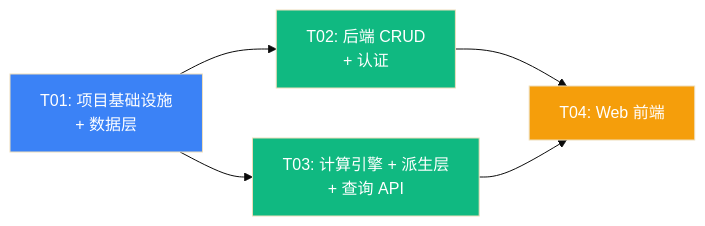
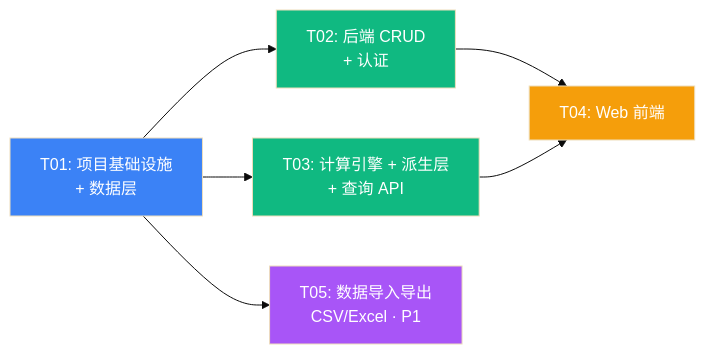
One commit to dolphin738/investment-tracker changed the second of 2 diagrams in docs/ARCHITECTURE.md. Above: the diagram before and after it, drawn with Mermaid (base theme). The commit also changed other lines of this file, not shown here.

Commit message:
docs: ARCHITECTURE v2.4 §10.1.2 组件分层/§5.2 shared 路径/§14 补 T05/§4.2.18-19 分红费用契约

````diff
--- a/docs/ARCHITECTURE.md
+++ b/docs/ARCHITECTURE.md
@@ -1873,12 +1905,14 @@
 ```mermaid
 graph LR
     T01[T01: 项目基础设施<br/>+ 数据层] --> T02[T02: 后端 CRUD<br/>+ 认证]
     T01 --> T03[T03: 计算引擎 + 派生层<br/>+ 查询 API]
     T02 --> T04[T04: Web 前端]
     T03 --> T04
+    T01 --> T05[T05: 数据导入导出<br/>CSV/Excel · P1]
 
     style T01 fill:#3b82f6,color:#fff
     style T02 fill:#10b981,color:#fff
     style T03 fill:#10b981,color:#fff
     style T04 fill:#f59e0b,color:#fff
+    style T05 fill:#a855f7,color:#fff
 ```
````
